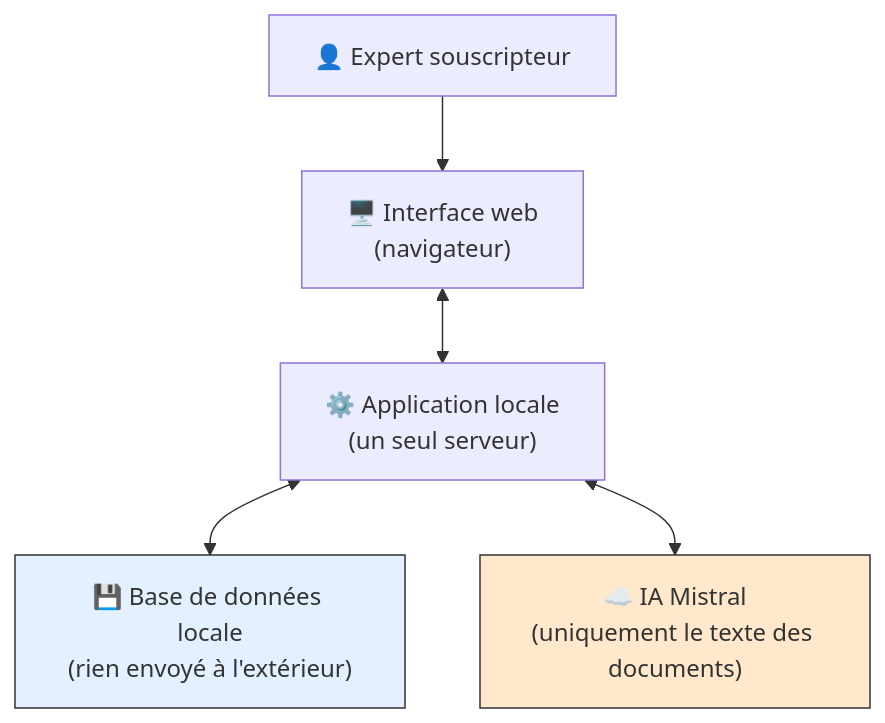
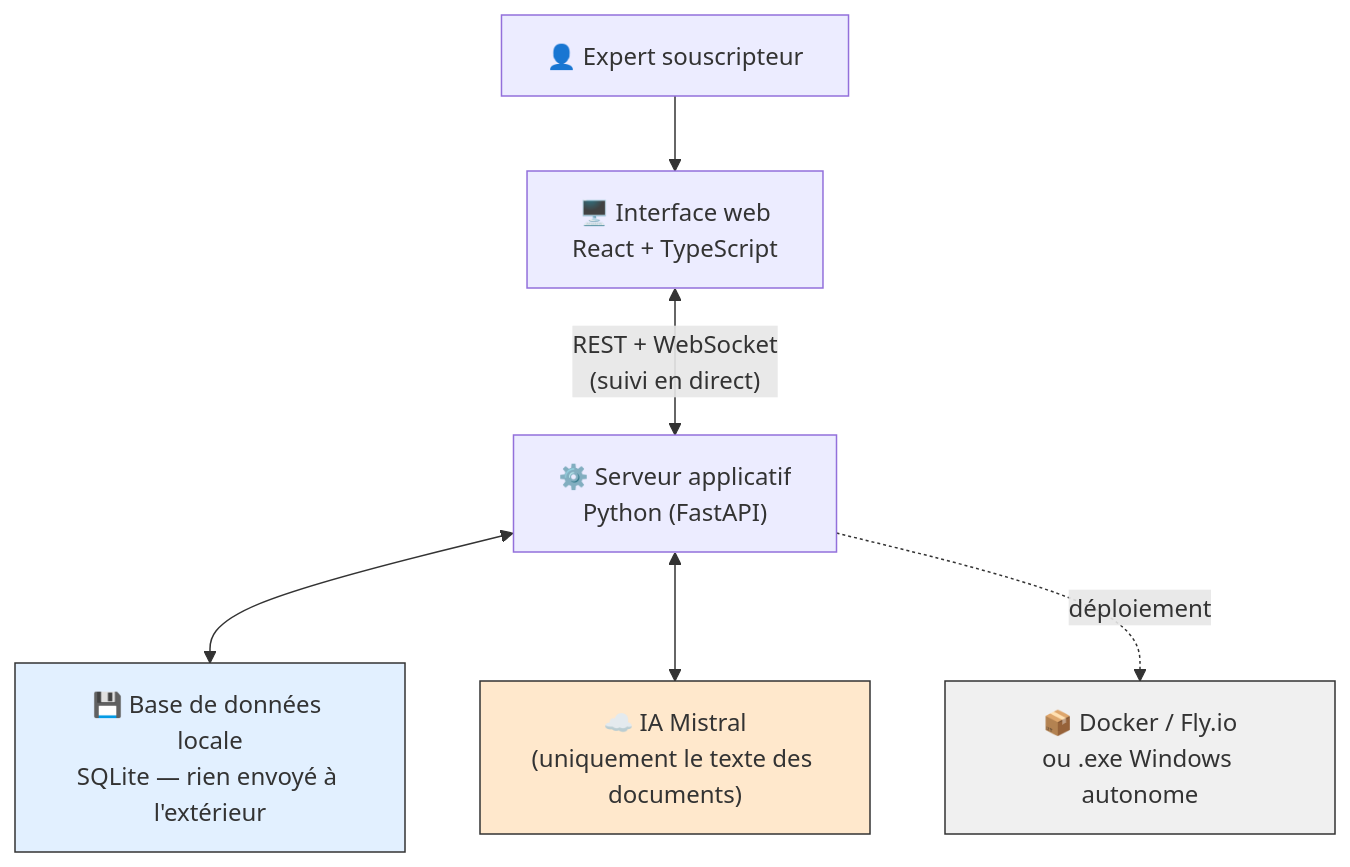
One commit to louisclzzzzzzz/AOP-app-v2 changed the second of 10 diagrams in docs/presentation/01_DIAGRAMMES_MERMAID.md. Above: the diagram before and after it, drawn with Mermaid. The commit also changed 1 other file, not shown here.

Commit message:
Précise les technologies dans le diagramme D2 (stack technique)
React/TypeScript, FastAPI/Python, SQLite, REST+WebSocket et les deux options
de déploiement (Docker/Fly.io, .exe Windows) nommés explicitement au lieu de
blocs génériques "interface web"/"application locale" — même niveau de
précision repris dans la trame orale de la diapo 6.

````diff
--- a/docs/presentation/01_DIAGRAMMES_MERMAID.md
+++ b/docs/presentation/01_DIAGRAMMES_MERMAID.md
@@ -39,10 +39,12 @@
 ```mermaid
 flowchart TD
-    U["👤 Expert souscripteur"] --> WEB["🖥️ Interface web<br/>(navigateur)"]
-    WEB <--> SRV["⚙️ Application locale<br/>(un seul serveur)"]
-    SRV <--> DB["💾 Base de données locale<br/>(rien envoyé à l'extérieur)"]
+    U["👤 Expert souscripteur"] --> WEB["🖥️ Interface web<br/>React + TypeScript"]
+    WEB <-->|"REST + WebSocket<br/>(suivi en direct)"| SRV["⚙️ Serveur applicatif<br/>Python (FastAPI)"]
+    SRV <--> DB["💾 Base de données locale<br/>SQLite — rien envoyé à l'extérieur"]
     SRV <--> IA["☁️ IA Mistral<br/>(uniquement le texte des documents)"]
+    SRV -.déploiement.-> DEPLOY["📦 Docker / Fly.io<br/>ou .exe Windows autonome"]
 
     style IA fill:#ffe8cc,stroke:#333
     style DB fill:#e2f0ff,stroke:#333
+    style DEPLOY fill:#f0f0f0,stroke:#333
 ```
````
